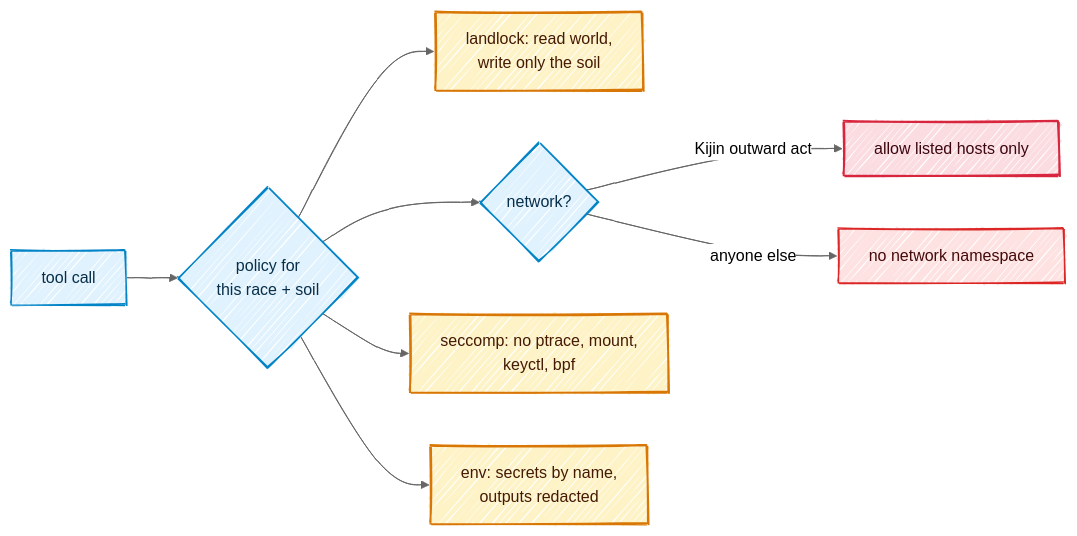
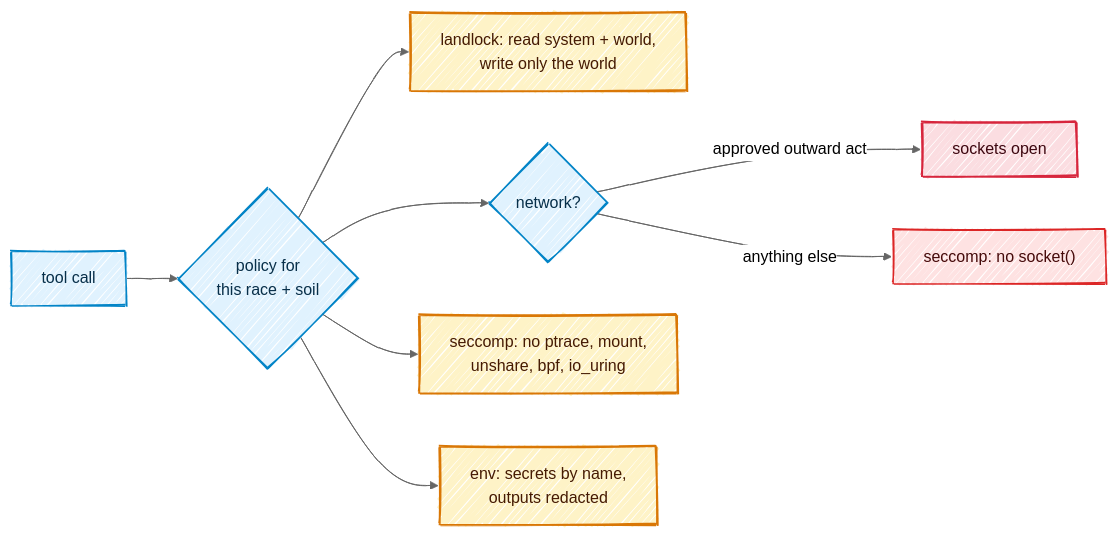
One commit to Kaginari/mnemorph changed the second of 2 diagrams in docs/05-architecture.md. Above: the diagram before and after it, drawn with Mermaid. The commit also changed other lines of this file and 15 other files, not shown here.

Commit message:
sandbox: mnemorph-jail (landlock + seccomp) on Linux, Seatbelt on macOS, the escape suite; bash runs inside; an approval opens exactly the outside paths it names

````diff
--- a/docs/05-architecture.md
+++ b/docs/05-architecture.md
@@ -135,25 +135,25 @@
 ```mermaid
 ---
 config:
   look: handDrawn
   theme: neutral
   flowchart:
     wrappingWidth: 360
 ---
 flowchart LR
     T["tool call"] --> P{"policy for<br/>this race + soil"}
-    P --> FS["landlock: read world,<br/>write only the soil"]
+    P --> FS["landlock: read system + world,<br/>write only the world"]
     P --> NET{"network?"}
-    NET -- "Kijin outward act" --> ALLOW["allow listed hosts only"]
-    NET -- "anyone else" --> DENY["no network namespace"]
-    P --> SC["seccomp: no ptrace, mount,<br/>keyctl, bpf"]
+    NET -- "approved outward act" --> ALLOW["sockets open"]
+    NET -- "anything else" --> DENY["seccomp: no socket()"]
+    P --> SC["seccomp: no ptrace, mount,<br/>unshare, bpf, io_uring"]
     P --> ENV["env: secrets by name,<br/>outputs redacted"]
     classDef step fill:#e0f2fe,stroke:#0284c7,stroke-width:1.5px,color:#082f49
     class T,P,NET step
     classDef gate fill:#fef3c7,stroke:#d97706,stroke-width:2px,color:#451a03
     class FS,SC,ENV gate
     classDef kijin fill:#fbdde1,stroke:#D7263D,stroke-width:2px,color:#3d0710
     class ALLOW kijin
     classDef bad fill:#fee2e2,stroke:#dc2626,stroke-width:1.5px,color:#450a0a
     class DENY bad
 ```
````
